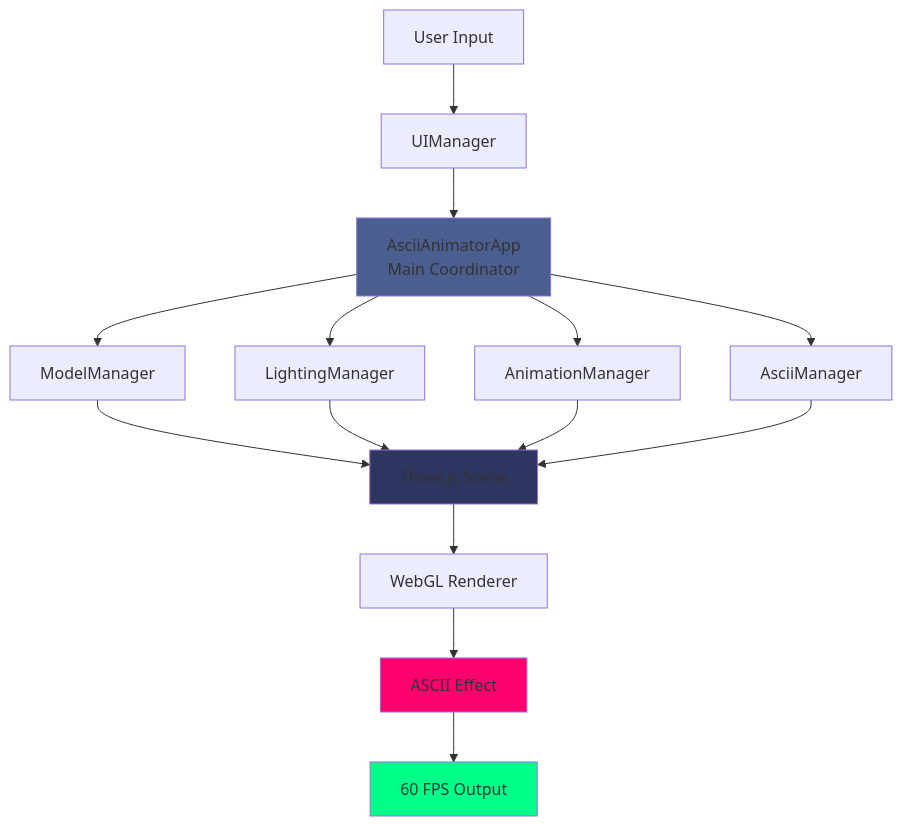
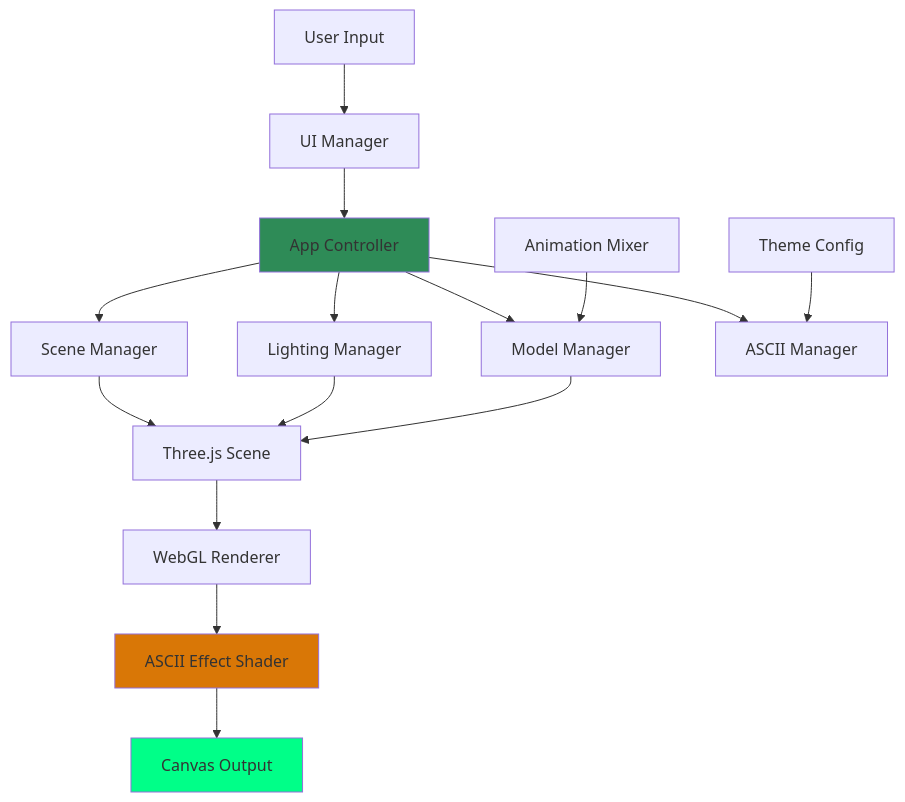
The first of 3 diagrams in README.md (Zacsluss/ascii_3d_animator), drawn with Mermaid before and after one commit. The commit also changed other lines of this file, not shown here.

````diff
--- a/README.md
+++ b/README.md
@@ -163,24 +386,24 @@
 ```mermaid
-graph TD
-    A[User Input] --> B[UIManager]
-    B --> C[AsciiAnimatorApp<br/>Main Coordinator]
-
-    C --> D[ModelManager]
-    C --> E[LightingManager]
-    C --> F[AnimationManager]
-    C --> G[AsciiManager]
+graph TB
+    A[User Input] --> B[UI Manager]
+    B --> C[App Controller]
+    C --> D[Scene Manager]
+    C --> E[Lighting Manager]
+    C --> F[Model Manager]
+    C --> G[ASCII Manager]
 
     D --> H[Three.js Scene]
     E --> H
     F --> H
-    G --> H
 
     H --> I[WebGL Renderer]
-    I --> J[ASCII Effect]
-    J --> K[60 FPS Output]
+    I --> J[ASCII Effect Shader]
+    J --> K[Canvas Output]
 
-    style C fill:#4a5f8f
-    style H fill:#2d3561
-    style J fill:#ff006e
+    L[Theme Config] --> G
+    M[Animation Mixer] --> F
+
+    style C fill:#2e8b57
+    style J fill:#d97706
     style K fill:#00ff88
 ```
````
